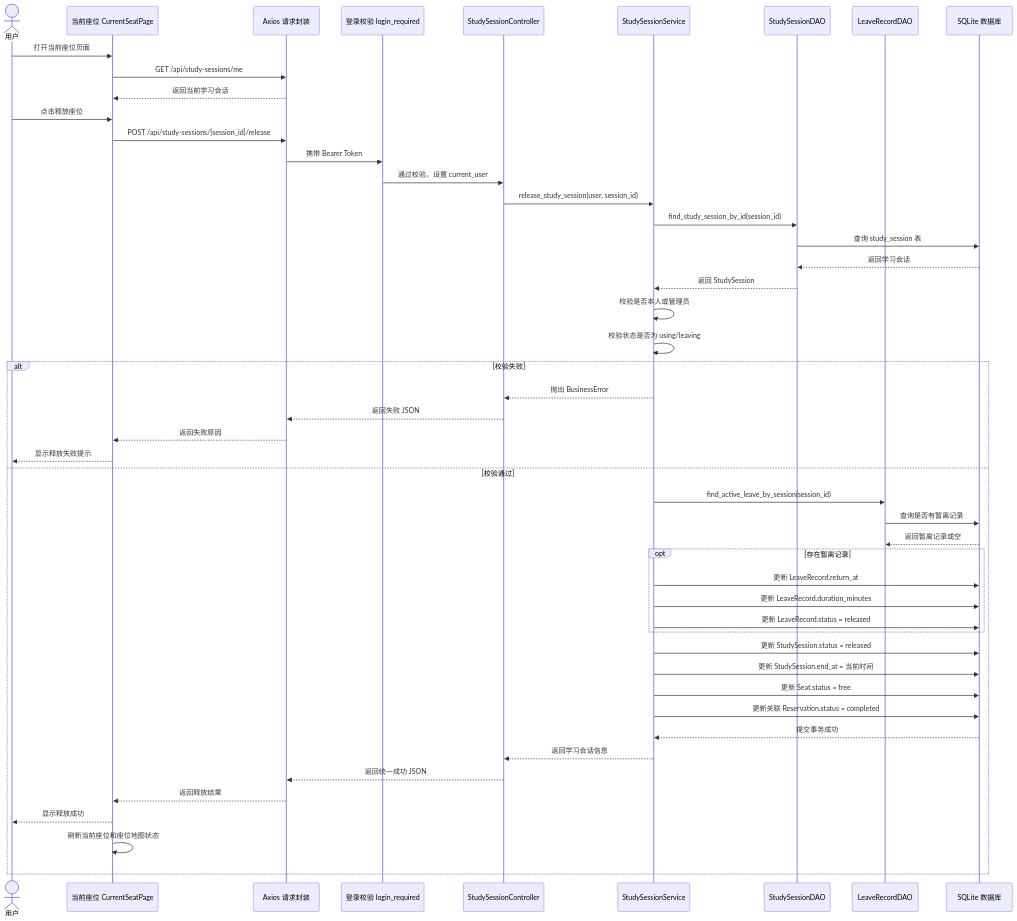
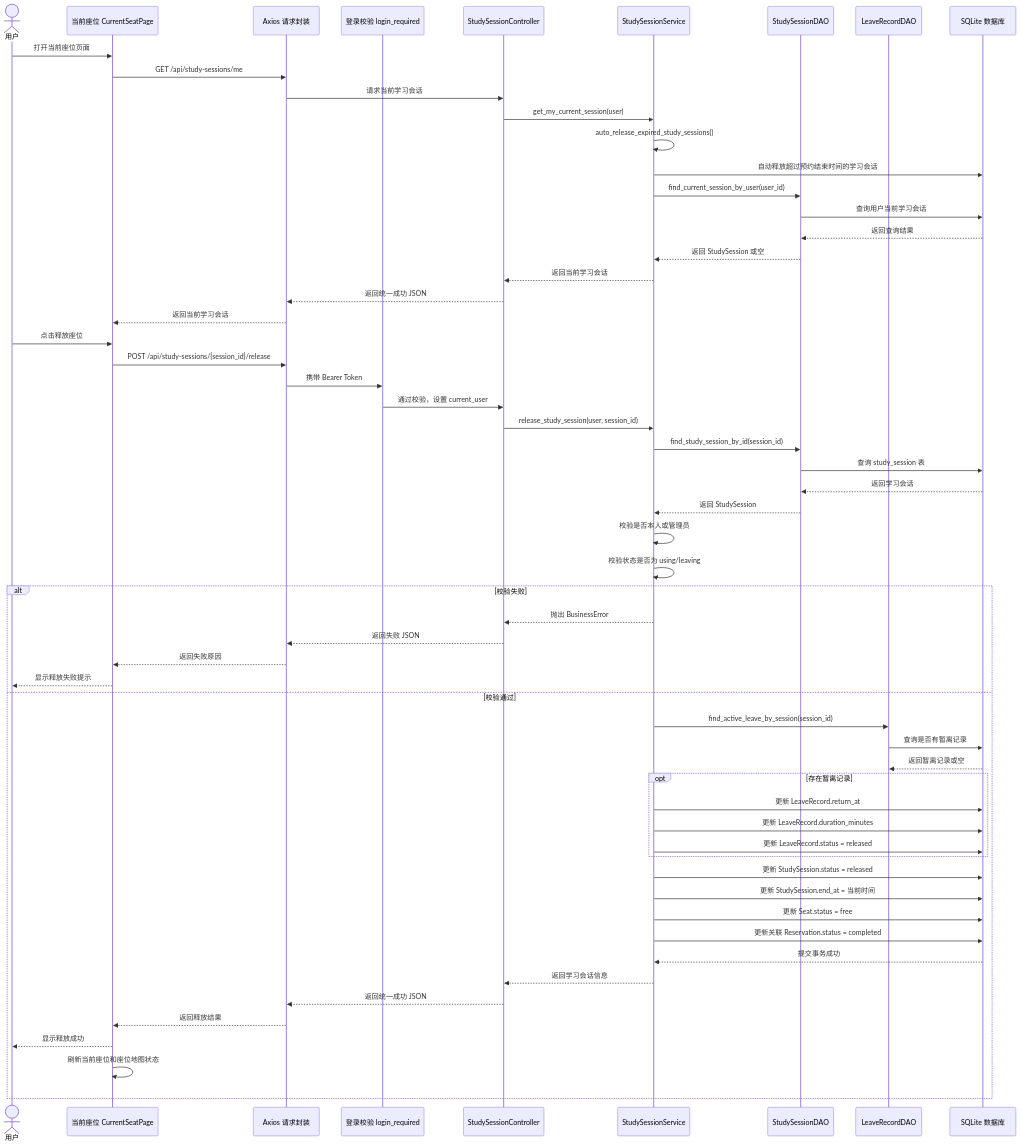
One commit to icsaltby/library_seat_management_system changed the third of 3 diagrams in docs/sequence-diagrams.md. Above: the diagram before and after it, drawn with Mermaid. The commit also changed other lines of this file and 8 other files, not shown here.

````diff
--- a/docs/sequence-diagrams.md
+++ b/docs/sequence-diagrams.md
@@ -127,58 +154,68 @@
 ```mermaid
 sequenceDiagram
     actor User as 用户
     participant CurrentSeatPage as 当前座位 CurrentSeatPage
     participant Axios as Axios 请求封装
     participant Auth as 登录校验 login_required
     participant StudySessionController as StudySessionController
     participant StudySessionService as StudySessionService
     participant StudySessionDAO as StudySessionDAO
     participant LeaveRecordDAO as LeaveRecordDAO
     participant DB as SQLite 数据库
 
     User->>CurrentSeatPage: 打开当前座位页面
     CurrentSeatPage->>Axios: GET /api/study-sessions/me
+    Axios->>StudySessionController: 请求当前学习会话
+    StudySessionController->>StudySessionService: get_my_current_session(user)
+    StudySessionService->>StudySessionService: auto_release_expired_study_sessions()
+    StudySessionService->>DB: 自动释放超过预约结束时间的学习会话
+    StudySessionService->>StudySessionDAO: find_current_session_by_user(user_id)
+    StudySessionDAO->>DB: 查询用户当前学习会话
+    DB-->>StudySessionDAO: 返回查询结果
+    StudySessionDAO-->>StudySessionService: 返回 StudySession 或空
+    StudySessionService-->>StudySessionController: 返回当前学习会话
+    StudySessionController-->>Axios: 返回统一成功 JSON
     Axios-->>CurrentSeatPage: 返回当前学习会话
     User->>CurrentSeatPage: 点击释放座位
     CurrentSeatPage->>Axios: POST /api/study-sessions/{session_id}/release
     Axios->>Auth: 携带 Bearer Token
     Auth->>StudySessionController: 通过校验，设置 current_user
     StudySessionController->>StudySessionService: release_study_session(user, session_id)
 
     StudySessionService->>StudySessionDAO: find_study_session_by_id(session_id)
     StudySessionDAO->>DB: 查询 study_session 表
     DB-->>StudySessionDAO: 返回学习会话
     StudySessionDAO-->>StudySessionService: 返回 StudySession
 
     StudySessionService->>StudySessionService: 校验是否本人或管理员
     StudySessionService->>StudySessionService: 校验状态是否为 using/leaving
 
     alt 校验失败
         StudySessionService-->>StudySessionController: 抛出 BusinessError
         StudySessionController-->>Axios: 返回失败 JSON
         Axios-->>CurrentSeatPage: 返回失败原因
         CurrentSeatPage-->>User: 显示释放失败提示
     else 校验通过
         StudySessionService->>LeaveRecordDAO: find_active_leave_by_session(session_id)
         LeaveRecordDAO->>DB: 查询是否有暂离记录
         DB-->>LeaveRecordDAO: 返回暂离记录或空
 
         opt 存在暂离记录
             StudySessionService->>DB: 更新 LeaveRecord.return_at
             StudySessionService->>DB: 更新 LeaveRecord.duration_minutes
             StudySessionService->>DB: 更新 LeaveRecord.status = released
         end
 
         StudySessionService->>DB: 更新 StudySession.status = released
         StudySessionService->>DB: 更新 StudySession.end_at = 当前时间
         StudySessionService->>DB: 更新 Seat.status = free
         StudySessionService->>DB: 更新关联 Reservation.status = completed
         DB-->>StudySessionService: 提交事务成功
 
         StudySessionService-->>StudySessionController: 返回学习会话信息
         StudySessionController-->>Axios: 返回统一成功 JSON
         Axios-->>CurrentSeatPage: 返回释放结果
         CurrentSeatPage-->>User: 显示释放成功
         CurrentSeatPage->>CurrentSeatPage: 刷新当前座位和座位地图状态
     end
 ```
````
